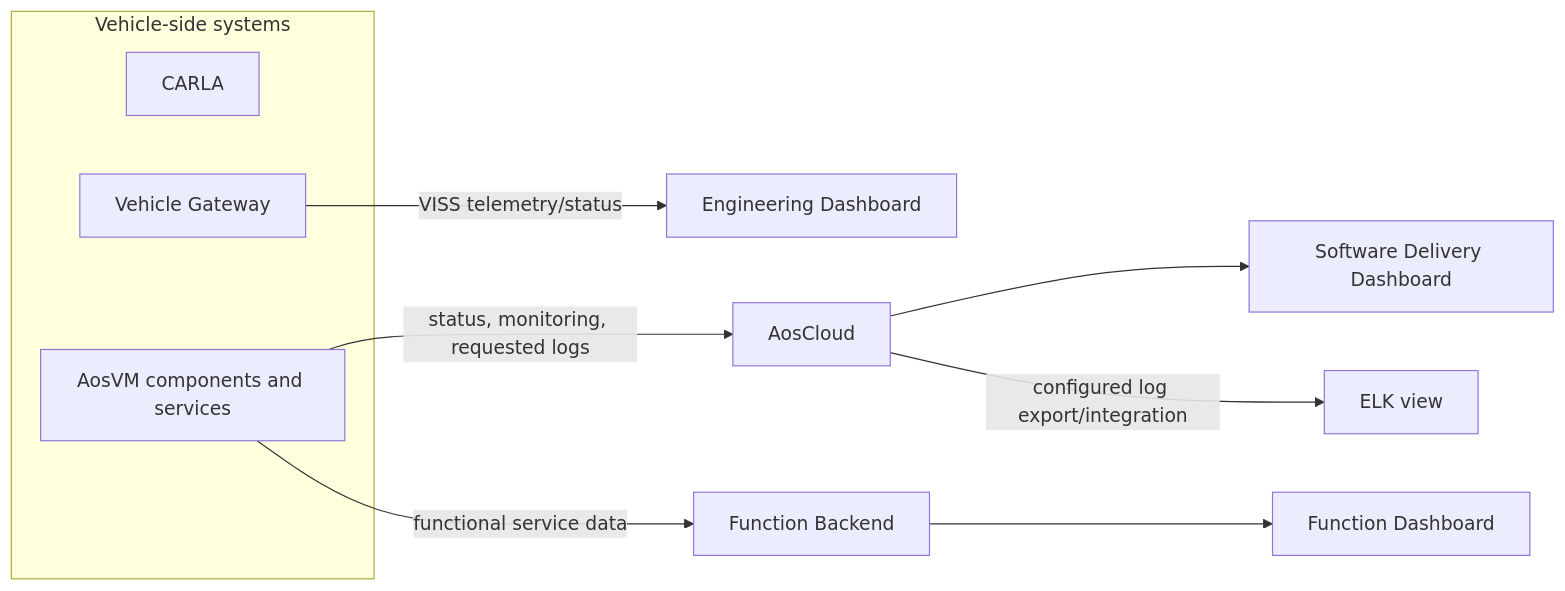
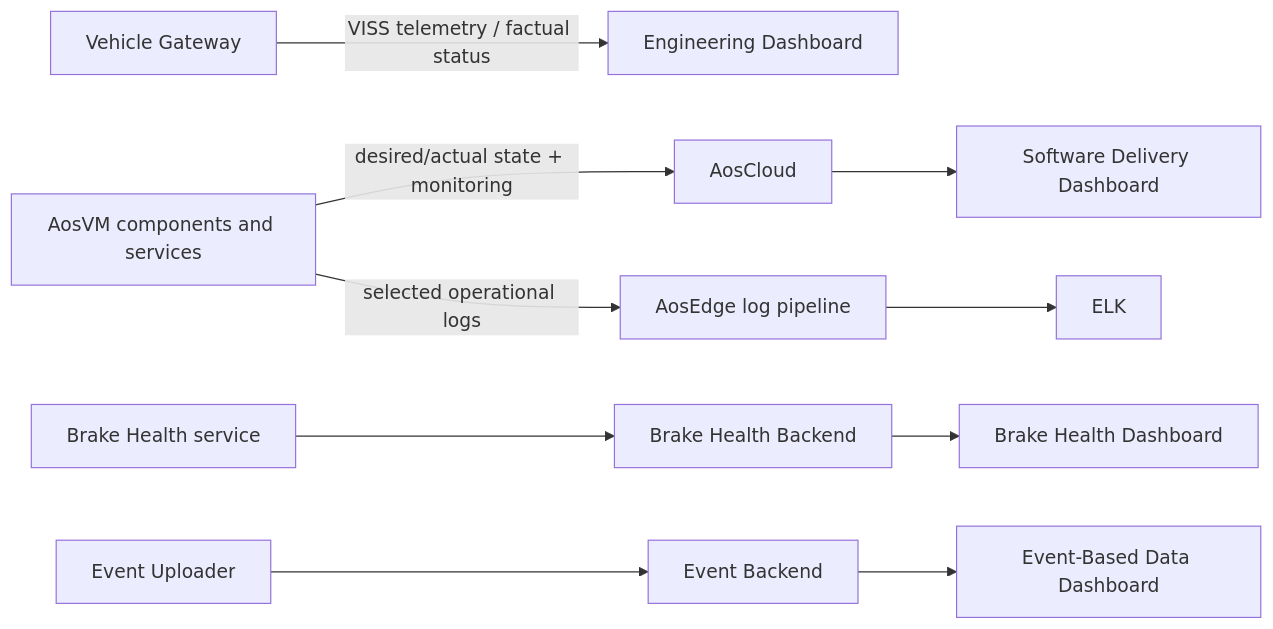
One commit to alexmaninblack/aosedge-sdv-demo changed diagram 16 of 17 in docs/architecture/demo-scenario-architecture-flows.md. Above: the diagram before and after it, drawn with Mermaid. The commit also changed other lines of this file and 51 other files, not shown here.

````diff
--- a/docs/architecture/demo-scenario-architecture-flows.md
+++ b/docs/architecture/demo-scenario-architecture-flows.md
@@ -521,15 +807,9 @@
 ```mermaid
 flowchart LR
-    subgraph VEHICLE["Vehicle-side systems"]
-        CARLA["CARLA"]
-        GW["Vehicle Gateway"]
-        UNIT["AosVM components and services"]
-    end
-
-    GW -->|"VISS telemetry/status"| ED["Engineering Dashboard"]
-    UNIT -->|"status, monitoring, requested logs"| AC["AosCloud"]
-    AC --> RD["Software Delivery Dashboard"]
-    AC -->|"configured log export/integration"| ELK["ELK view"]
-    UNIT -->|"functional service data"| FB["Function Backend"]
-    FB --> FD["Function Dashboard"]
+    GW["Vehicle Gateway"] -->|"VISS telemetry / factual status"| ENG["Engineering Dashboard"]
+    UNIT["AosVM components and services"] -->|"desired/actual state + monitoring"| AC["AosCloud"]
+    AC --> SW["Software Delivery Dashboard"]
+    UNIT -->|"selected operational logs"| LP["AosEdge log pipeline"] --> ELK["ELK"]
+    BHS["Brake Health service"] --> BB["Brake Health Backend"] --> BD["Brake Health Dashboard"]
+    EVENT["Event Uploader"] --> EB["Event Backend"] --> ED["Event-Based Data Dashboard"]
 ```
````
